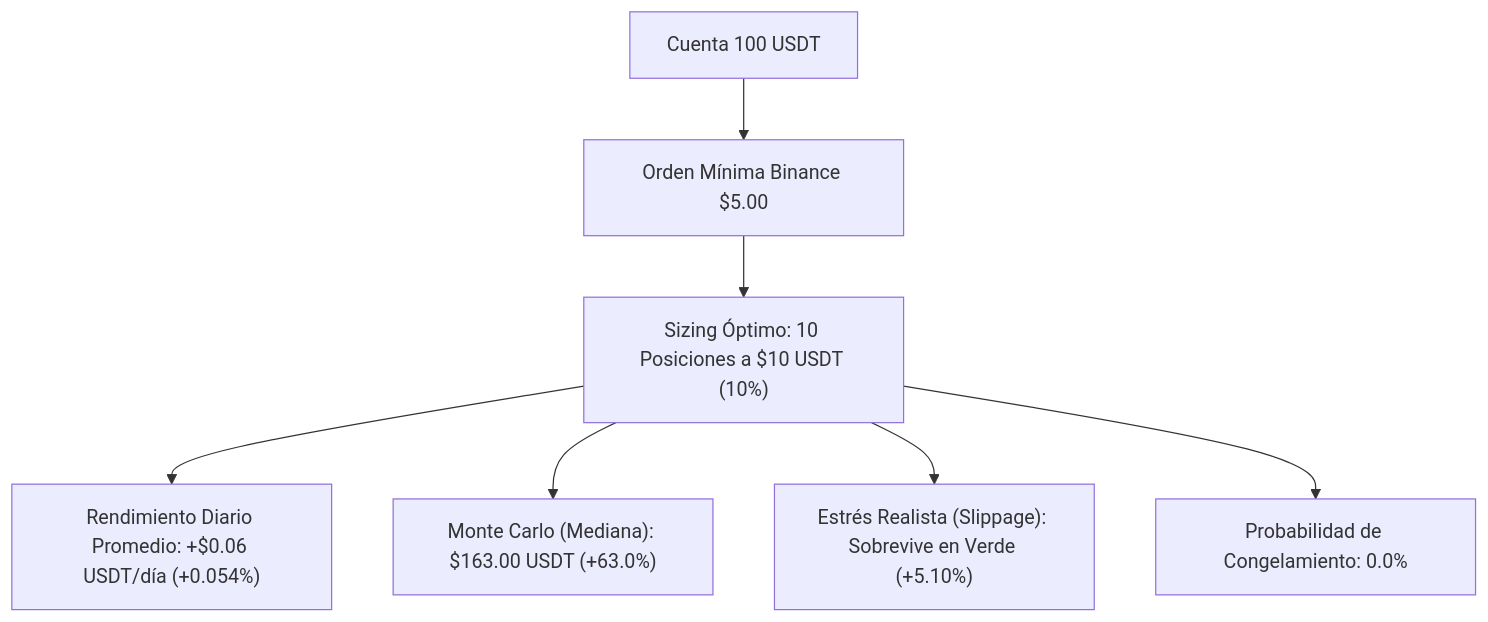
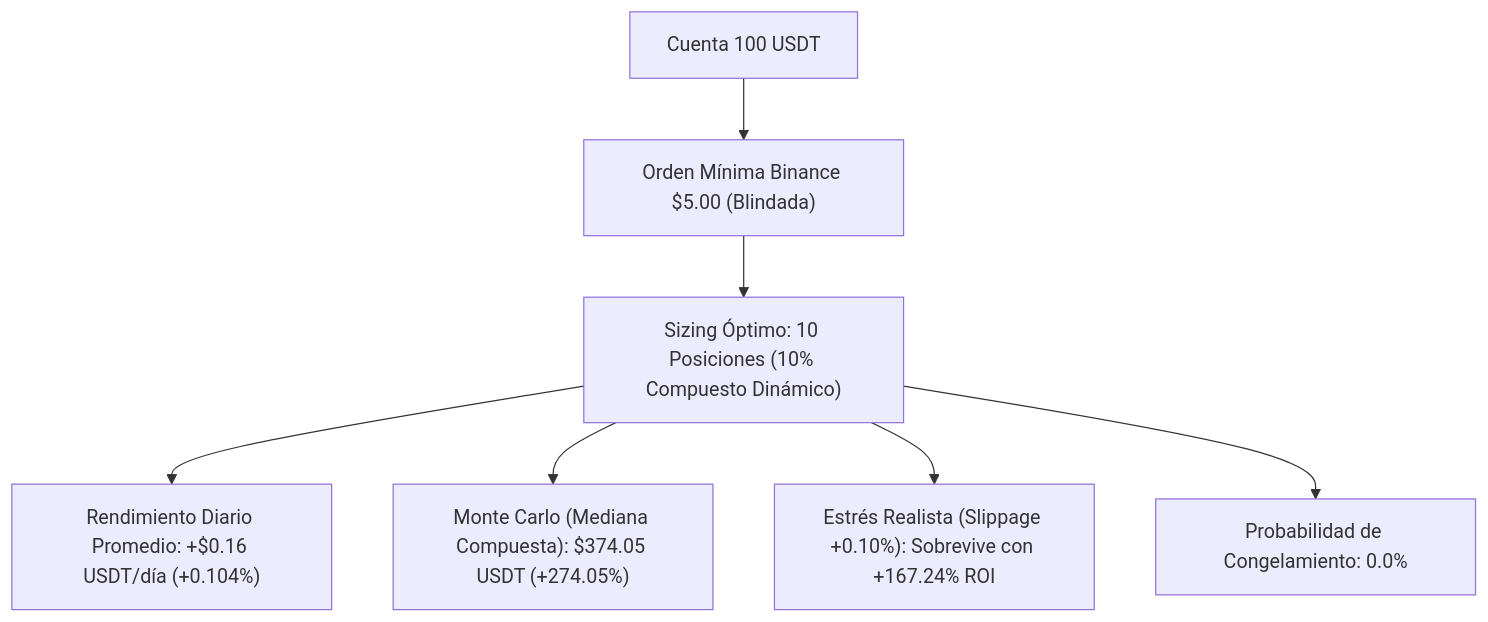
One commit to kalebCard/MemeHunter changed the diagram in docs/reports/INFORME_FUTUROS_100_USDT.md. Above: the diagram before and after it, drawn with Mermaid. The commit also changed other lines of this file and 2 other files, not shown here.

Commit message:
docs: actualizar suite de test realista con 4 baterias certificadas (+157.97% base / +274.05% compounding)

````diff
--- a/docs/reports/INFORME_FUTUROS_100_USDT.md
+++ b/docs/reports/INFORME_FUTUROS_100_USDT.md
@@ -16,9 +16,9 @@
 ```mermaid
 graph TD
-    A["Cuenta 100 USDT"] --> B["Orden Mínima Binance $5.00"]
-    B --> C["Sizing Óptimo: 10 Posiciones a $10 USDT (10%)"]
-    C --> D1["Rendimiento Diario Promedio: +$0.06 USDT/día (+0.054%)"]
-    C --> D2["Monte Carlo (Mediana): $163.00 USDT (+63.0%)"]
-    C --> D3["Estrés Realista (Slippage): Sobrevive en Verde (+5.10%)"]
+    A["Cuenta 100 USDT"] --> B["Orden Mínima Binance $5.00 (Blindada)"]
+    B --> C["Sizing Óptimo: 10 Posiciones (10% Compuesto Dinámico)"]
+    C --> D1["Rendimiento Diario Promedio: +$0.16 USDT/día (+0.104%)"]
+    C --> D2["Monte Carlo (Mediana Compuesta): $374.05 USDT (+274.05%)"]
+    C --> D3["Estrés Realista (Slippage +0.10%): Sobrevive con +167.24% ROI"]
     C --> D4["Probabilidad de Congelamiento: 0.0%"]
 ```
````
